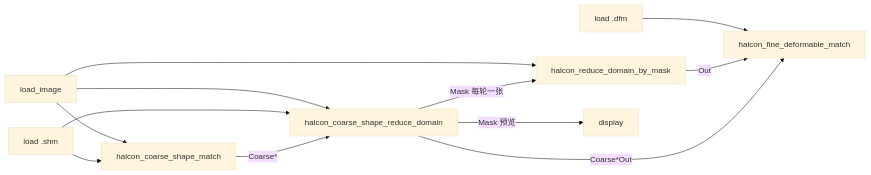
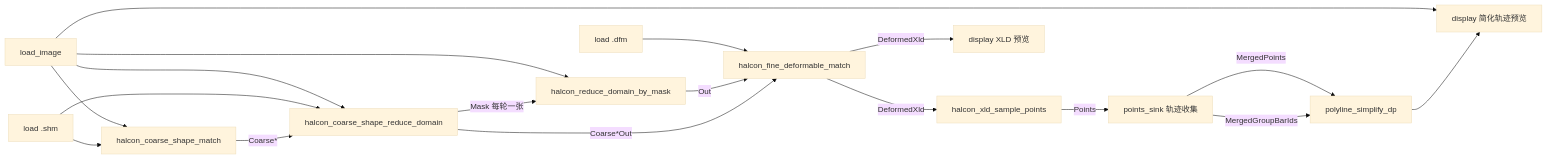
One commit to hucunzhen/calibrate-api changed the diagram in flows/halcon/README_coarse_fine_shape_match.md. Above: the diagram before and after it, drawn with Mermaid (base theme). The commit also changed other lines of this file and 10 other files, not shown here.

First line of the commit message:
feat: points_sink trajectory collection, image_resize, and coarse-fine flow fixes

````diff
--- a/flows/halcon/README_coarse_fine_shape_match.md
+++ b/flows/halcon/README_coarse_fine_shape_match.md
@@ -16,14 +16,20 @@
 ```mermaid
 flowchart LR
   A[load_image] --> C[halcon_coarse_shape_match]
   A --> M[halcon_coarse_shape_reduce_domain]
   A --> R[halcon_reduce_domain_by_mask]
   G[load .shm] --> C
   G --> M
   H[load .dfm] --> F[halcon_fine_deformable_match]
   C -->|Coarse*| M
   M -->|Mask 每轮一张| R
   R -->|Out| F
   M -->|Coarse*Out| F
-  M -->|Mask 预览| D[display]
+  F -->|DeformedXld| X[halcon_xld_sample_points]
+  X -->|Points| S[points_sink 轨迹收集]
+  S -->|MergedPoints| P[polyline_simplify_dp]
+  S -->|MergedGroupBarIds| P
+  A --> D[display 简化轨迹预览]
+  P --> D
+  F -->|DeformedXld| B[display XLD 预览]
 ```
````
